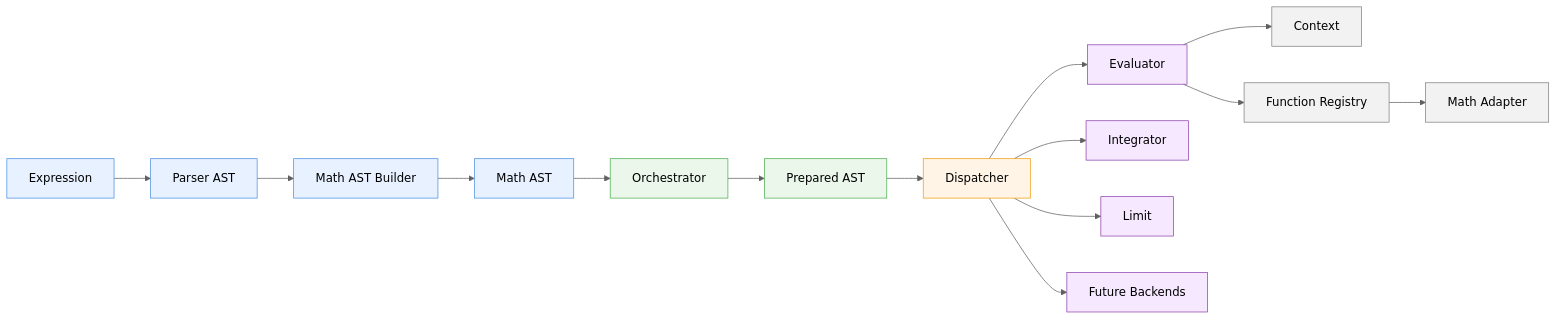
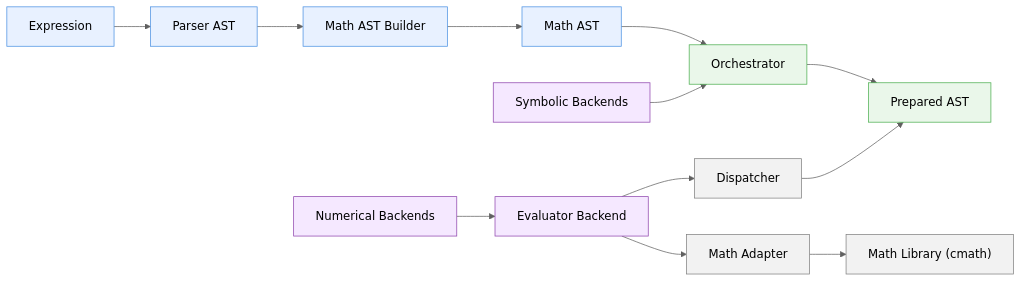
Before and after one commit to acarlos01sc/numathap: the diagram in docs/Architecture.md, drawn with Mermaid.

Commit message:
Documentation

````diff
--- a/docs/Architecture.md
+++ b/docs/Architecture.md
@@ -47,64 +47,61 @@
 ```mermaid
 %%{init:{
     "theme":"base",
     "themeVariables":{
         "primaryTextColor":"#000000",
         "primaryColor":"#E8F1FF",
         "primaryBorderColor":"#4A90E2",
         "secondaryColor":"#EAF7EA",
         "secondaryBorderColor":"#4CAF50",
         "tertiaryColor":"#FFF4E5",
         "tertiaryBorderColor":"#F39C12",
         "lineColor":"#606060",
         "fontFamily":"Arial"
     }
 }}%%
 
 flowchart LR
 
-    U["Expression"]
+    EX["Expression"]
     PA["Parser AST"]
     MB["Math AST Builder"]
     MA["Math AST"]
     OR["Orchestrator"]
     PR["Prepared AST"]
-    DI["Dispatcher"]
 
-    EV["Evaluator"]
-    IN["Integrator"]
-    LI["Limit"]
-    FB["Future Backends"]
-
-    CT["Context"]
-    FR["Function Registry"]
-    ML["Math Adapter"]
-
-    U --> PA
+    EX --> PA
     PA --> MB
     MB --> MA
     MA --> OR
     OR --> PR
-    PR --> DI
 
-    DI --> EV
-    DI --> IN
-    DI --> LI
-    DI --> FB
+    SB["Symbolic Backends"]
 
-    EV --> CT
-    EV --> FR
+    NB["Numerical Backends"]
+    EV["Evaluator Backend"]
 
-    FR --> ML
+    DI["Dispatcher"]
+
+    AD["Math Adapter"]
+    ML["Math Library (cmath)"]
+
+    SB --> OR
+
+    NB --> EV
+    EV --> DI
+    DI --> PR
+
+    EV --> AD
+    AD --> ML
 
     classDef frontend fill:#E8F1FF,stroke:#4A90E2,color:#000000;
     classDef preparation fill:#EAF7EA,stroke:#4CAF50,color:#000000;
-    classDef execution fill:#FFF4E5,stroke:#F39C12,color:#000000;
     classDef backend fill:#F5E8FF,stroke:#8E44AD,color:#000000;
     classDef support fill:#F2F2F2,stroke:#808080,color:#000000;
 
-    class U,PA,MB,MA frontend;
+    class EX,PA,MB,MA frontend;
     class OR,PR preparation;
-    class DI execution;
-    class EV,IN,LI,FB backend;
-    class CT,FR,ML support;
+    class SB,NB,EV backend;
+    class DI support;
+    class AD,ML support;
 ```
````
